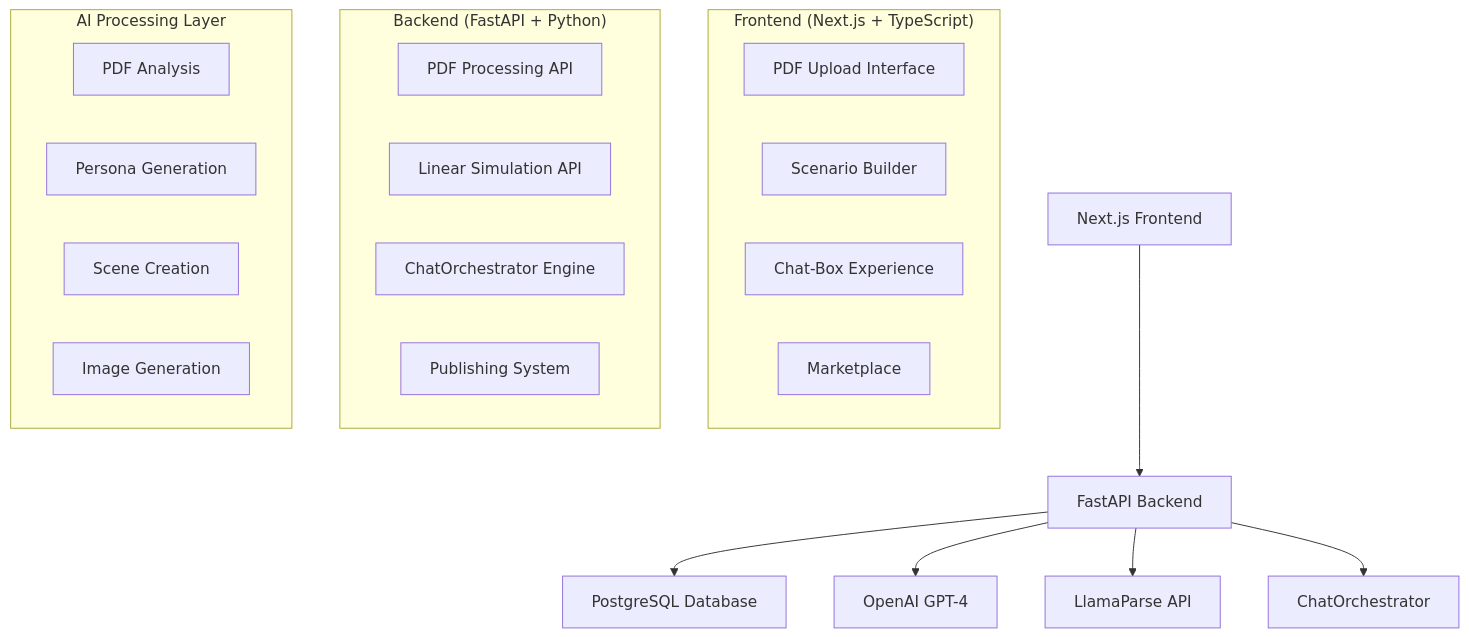
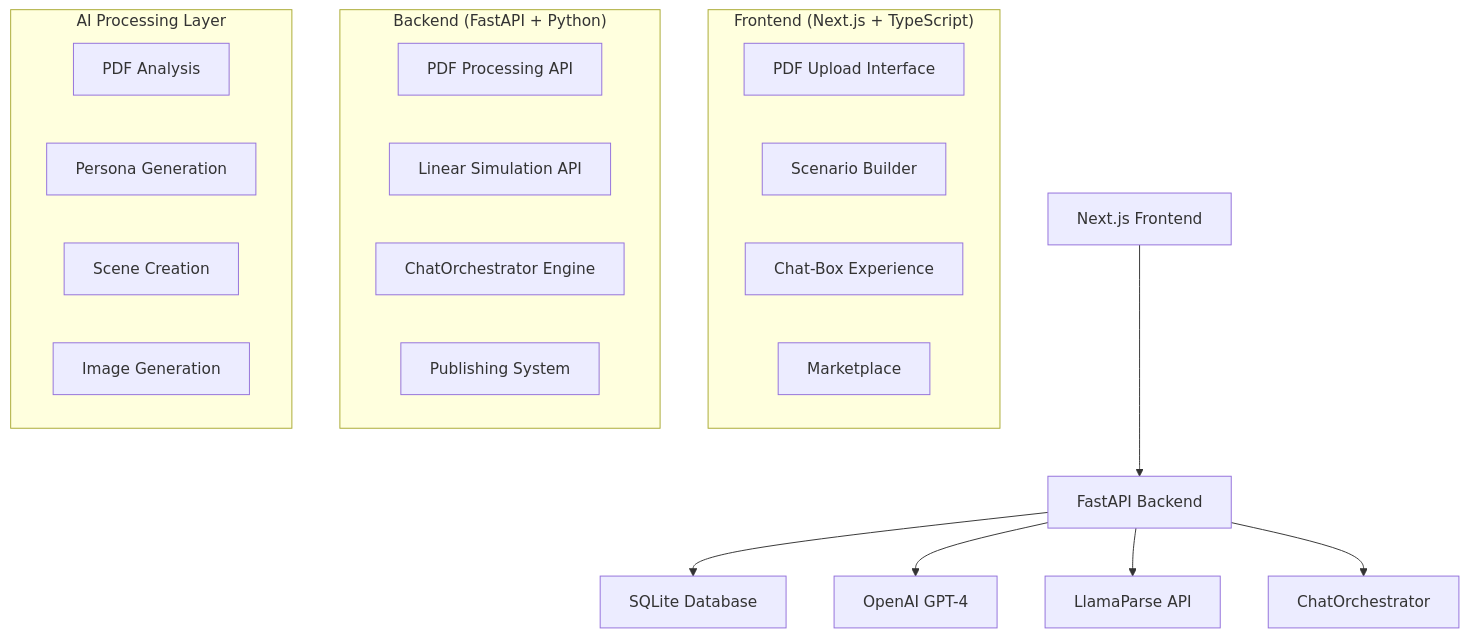
The diagram in README.md (Sbcoit/forked-ai-agent-education-platform), drawn with Mermaid before and after one commit. The commit also changed other lines of this file and 25 other files, not shown here.

````diff
--- a/README.md
+++ b/README.md
@@ -45,29 +45,29 @@
 ```mermaid
 graph TB
     A[Next.js Frontend] --> B[FastAPI Backend]
-    B --> C[PostgreSQL Database]
+    B --> C[SQLite Database]
     B --> D[OpenAI GPT-4]
     B --> E[LlamaParse API]
     B --> F[ChatOrchestrator]
     
     subgraph "Frontend (Next.js + TypeScript)"
         G[PDF Upload Interface]
         H[Scenario Builder]
         I[Chat-Box Experience]
         J[Marketplace]
     end
     
     subgraph "Backend (FastAPI + Python)"
         K[PDF Processing API]
         L[Linear Simulation API]
         M[ChatOrchestrator Engine]
         N[Publishing System]
     end
     
     subgraph "AI Processing Layer"
         O[PDF Analysis]
         P[Persona Generation]
         Q[Scene Creation]
         R[Image Generation]
     end
 ```
````
